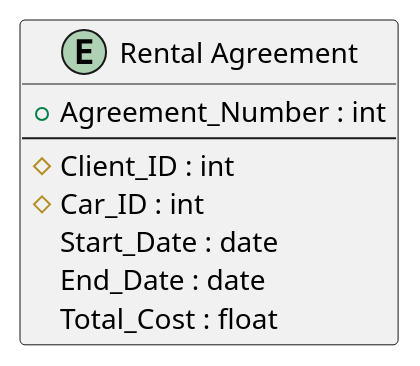
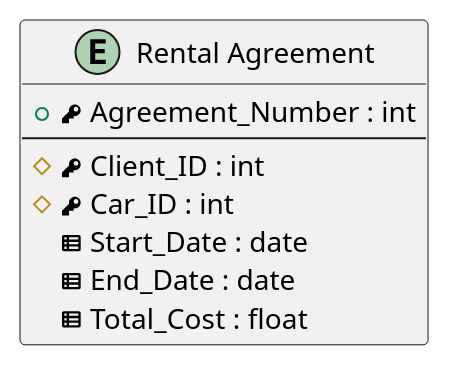
One commit to DmitryVasilkovW/ITMO-Database-design-labs-4-sem changed the diagram in Labs/Lab1/Tables/Entities/RentalAgreement.puml. Above: the diagram before and after it, drawn with PlantUML. The commit also changed 5 other files, not shown here.

```diff
--- a/Labs/Lab1/Tables/Entities/RentalAgreement.puml
+++ b/Labs/Lab1/Tables/Entities/RentalAgreement.puml
@@ -1,12 +1,12 @@
 @startuml
 entity "Rental Agreement" as rental
 {
-  + Agreement_Number : int
+  + <&key> Agreement_Number : int
   --
-  # Client_ID : int
-  # Car_ID : int
-  Start_Date : date
-  End_Date : date
-  Total_Cost : float
+  # <&key> Client_ID : int
+  # <&key> Car_ID : int
+  <&spreadsheet> Start_Date : date
+  <&spreadsheet> End_Date : date
+  <&spreadsheet> Total_Cost : float
 }
 @enduml
```
